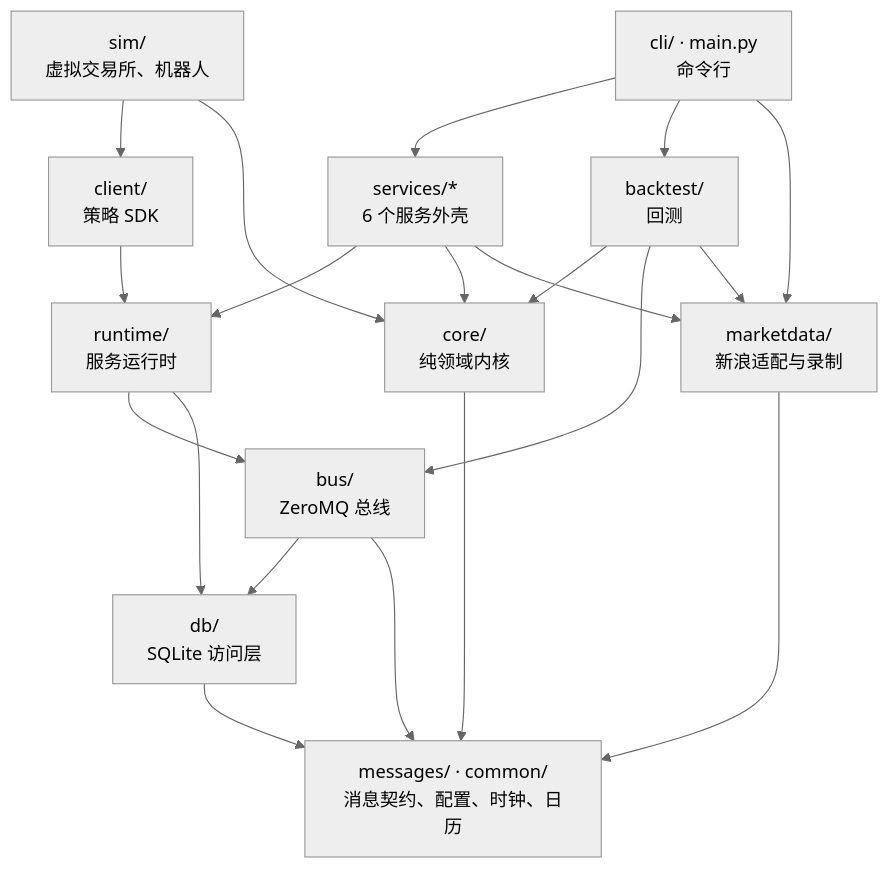
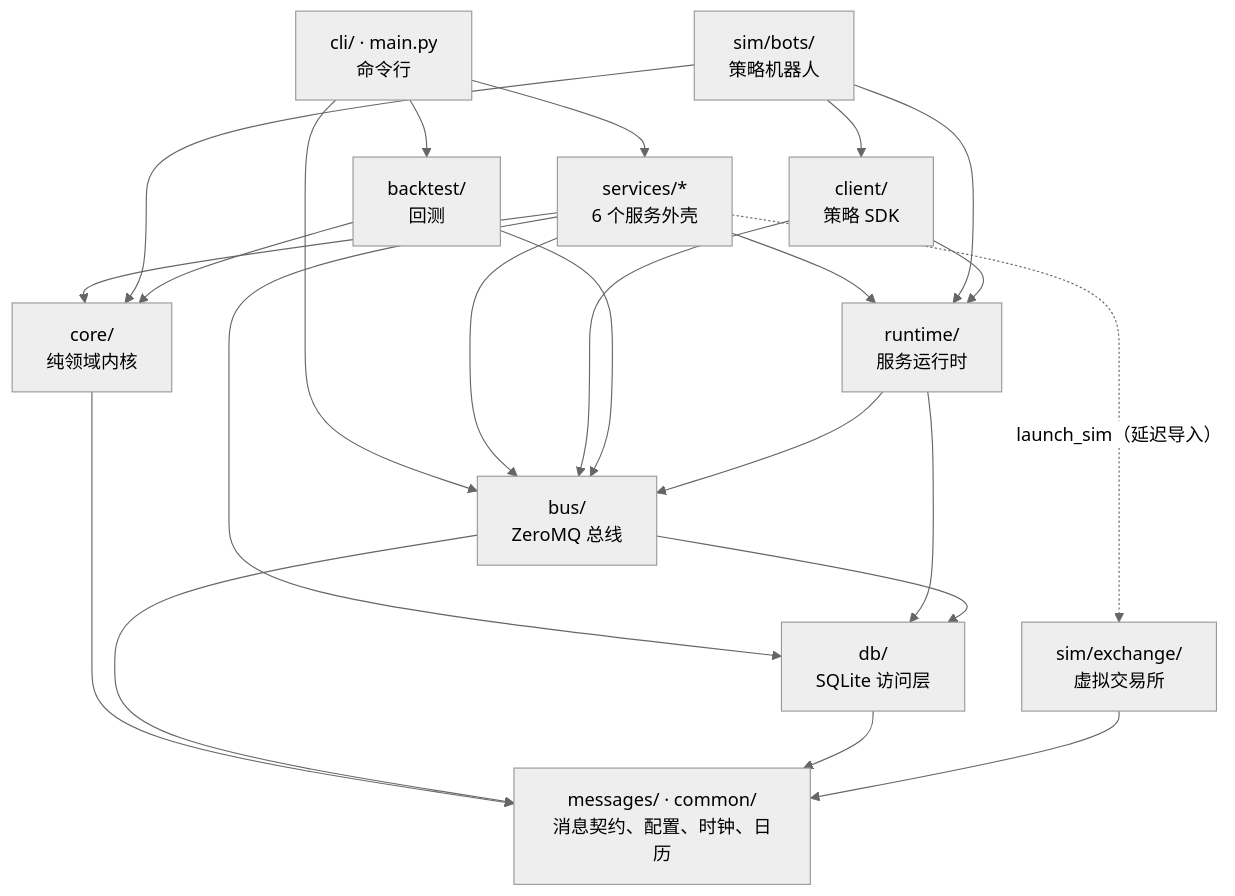
One commit to tom-xue-dev/futrisk changed the diagram in docs/12-code-walkthrough.md. Above: the diagram before and after it, drawn with Mermaid (neutral theme). The commit also changed other lines of this file and 31 other files, not shown here.

First line of the commit message:
文档：按代码重建 docs 为 v1.0，全量验证并重拍截图

````diff
--- a/docs/12-code-walkthrough.md
+++ b/docs/12-code-walkthrough.md
@@ -70,33 +121,36 @@
 ```mermaid
 flowchart TB
     CLI["cli/ · main.py<br/>命令行"]
     SVC["services/*<br/>6 个服务外壳"]
-    SIM["sim/<br/>虚拟交易所、机器人"]
+    BOTS["sim/bots/<br/>策略机器人"]
+    SIMX["sim/exchange/<br/>虚拟交易所"]
     BT["backtest/<br/>回测"]
     CLIENT["client/<br/>策略 SDK"]
     RT["runtime/<br/>服务运行时"]
     BUS["bus/<br/>ZeroMQ 总线"]
     DB["db/<br/>SQLite 访问层"]
-    MDA["marketdata/<br/>新浪适配与录制"]
     CORE["core/<br/>纯领域内核"]
     FOUND["messages/ · common/<br/>消息契约、配置、时钟、日历"]
     CLI --> SVC
     CLI --> BT
-    CLI --> MDA
+    CLI --> BUS
     SVC --> RT
     SVC --> CORE
-    SVC --> MDA
-    SIM --> CLIENT
-    SIM --> CORE
+    SVC --> BUS
+    SVC --> DB
+    SVC -.->|"launch_sim（延迟导入）"| SIMX
+    BOTS --> CLIENT
+    BOTS --> CORE
+    BOTS --> RT
     CLIENT --> RT
+    CLIENT --> BUS
     BT --> CORE
     BT --> BUS
-    BT --> MDA
     RT --> BUS
     RT --> DB
     BUS --> DB
     CORE --> FOUND
     BUS --> FOUND
     DB --> FOUND
-    MDA --> FOUND
+    SIMX --> FOUND
 ```
````
